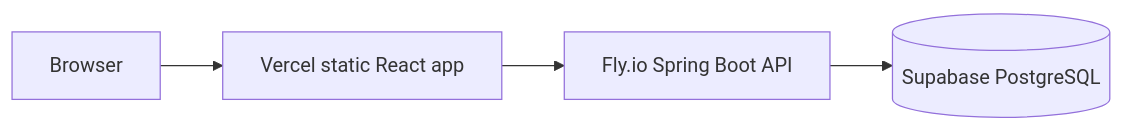
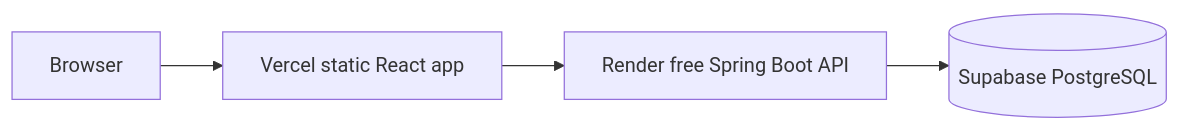
One commit to bikash-20/Hospital-Management-System changed the first of 2 diagrams in ARCHITECTURE.md. Above: the diagram before and after it, drawn with Mermaid. The commit also changed other lines of this file and 4 other files, not shown here.

Commit message:
Switch backend deployment from Fly to Render

````diff
--- a/ARCHITECTURE.md
+++ b/ARCHITECTURE.md
@@ -7,6 +7,6 @@
 ```mermaid
 flowchart LR
     User[Browser] --> Vercel[Vercel static React app]
-    Vercel --> Fly[Fly.io Spring Boot API]
-    Fly --> Supabase[(Supabase PostgreSQL)]
+    Vercel --> Render[Render free Spring Boot API]
+    Render --> Supabase[(Supabase PostgreSQL)]
 ```
````
